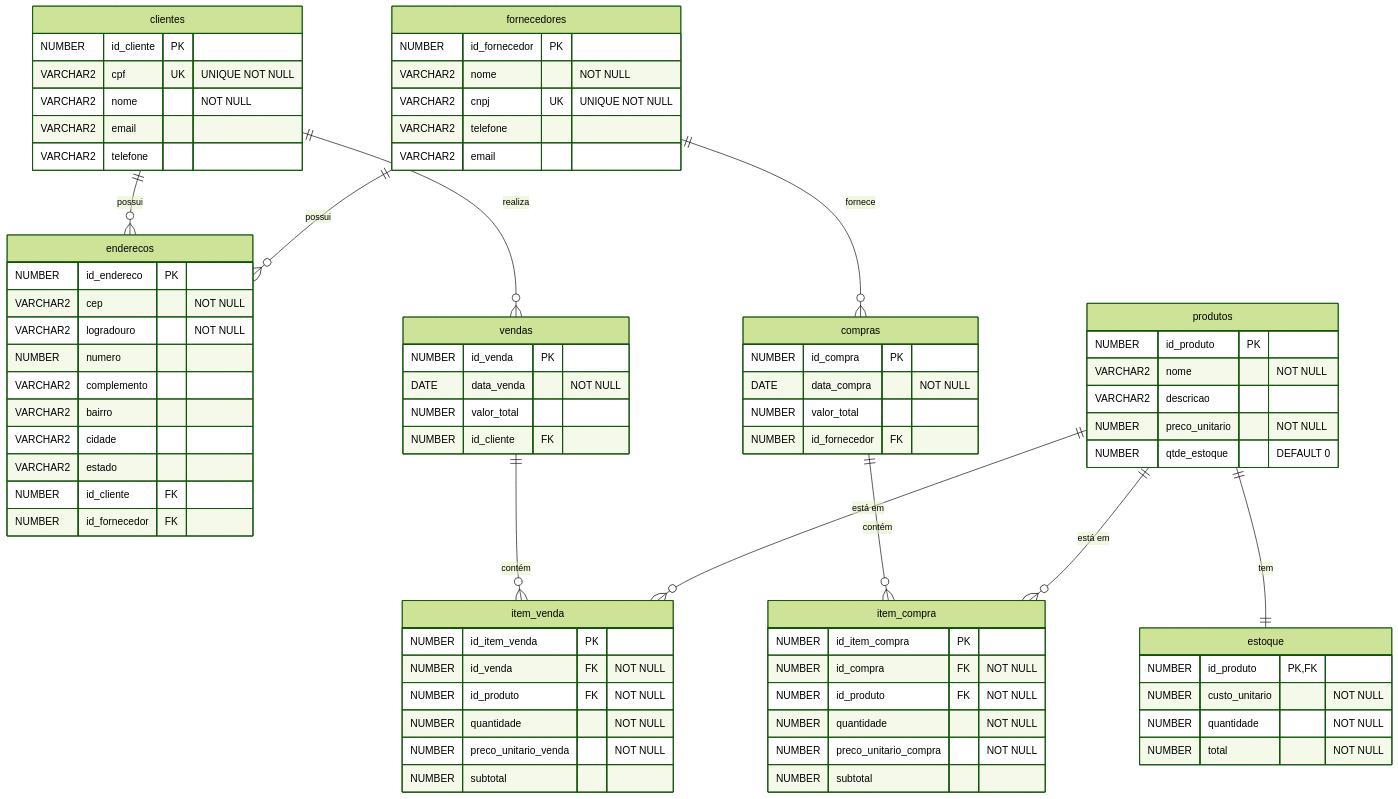
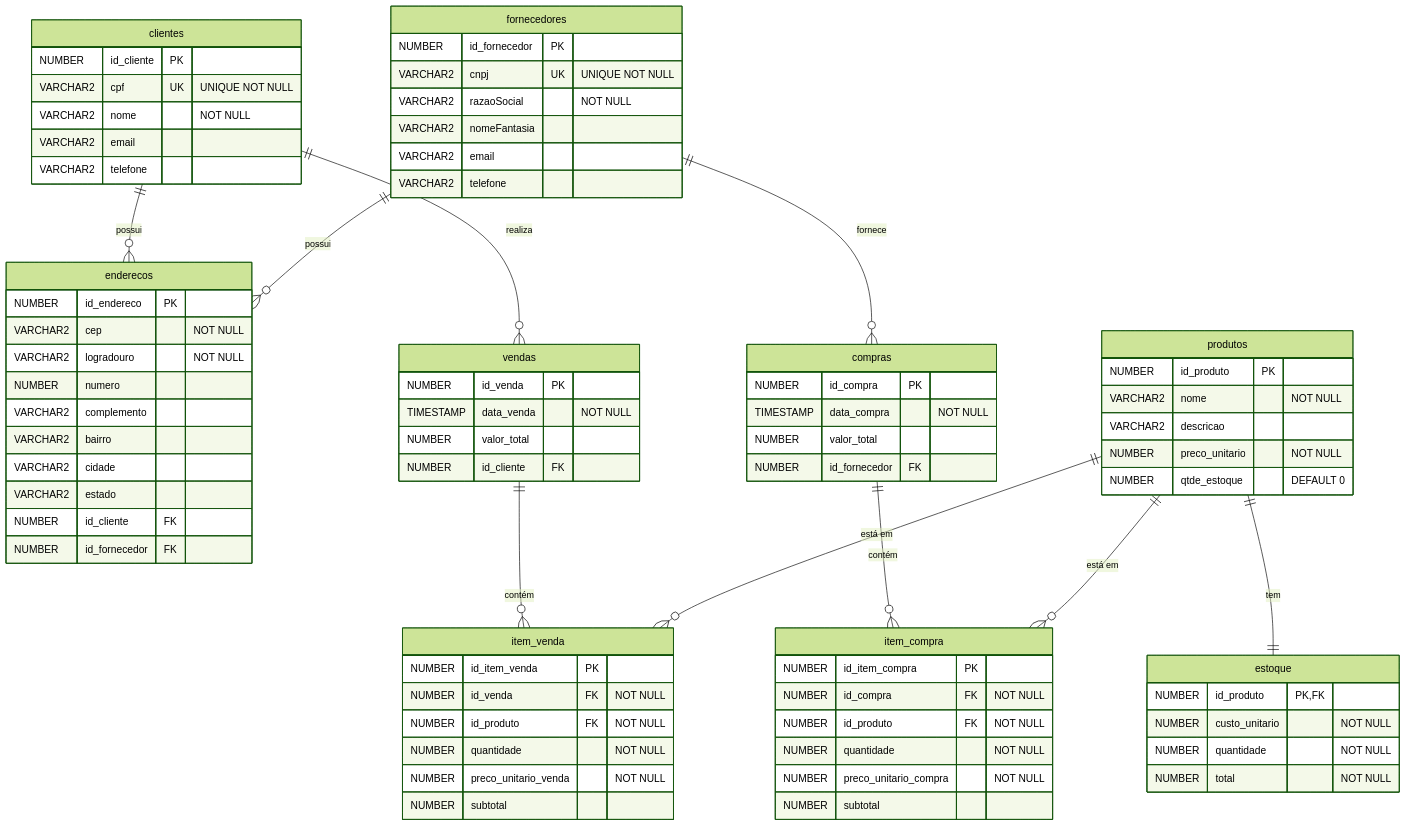
The diagram in planning/erDiagram.mmd (digaoes94/trabalhoSQL), drawn with Mermaid (forest theme) before and after one commit. The commit also changed 10 other files, not shown here.

```diff
--- a/planning/erDiagram.mmd
+++ b/planning/erDiagram.mmd
@@ -1,86 +1,87 @@
 erDiagram
     clientes {
         NUMBER id_cliente PK
         VARCHAR2 cpf UK "UNIQUE NOT NULL"
         VARCHAR2 nome "NOT NULL"
         VARCHAR2 email
         VARCHAR2 telefone
     }
 
     fornecedores {
         NUMBER id_fornecedor PK
-        VARCHAR2 nome "NOT NULL"
         VARCHAR2 cnpj UK "UNIQUE NOT NULL"
+        VARCHAR2 razaoSocial "NOT NULL"
+        VARCHAR2 nomeFantasia
+        VARCHAR2 email
         VARCHAR2 telefone
-        VARCHAR2 email
     }
 
     enderecos {
         NUMBER id_endereco PK
         VARCHAR2 cep "NOT NULL"
         VARCHAR2 logradouro "NOT NULL"
         NUMBER numero
         VARCHAR2 complemento
         VARCHAR2 bairro
         VARCHAR2 cidade
         VARCHAR2 estado
         NUMBER id_cliente FK
         NUMBER id_fornecedor FK
     }
 
     produtos {
         NUMBER id_produto PK
         VARCHAR2 nome "NOT NULL"
         VARCHAR2 descricao
         NUMBER preco_unitario "NOT NULL"
         NUMBER qtde_estoque "DEFAULT 0"
     }
 
     estoque {
         NUMBER id_produto PK,FK
         NUMBER custo_unitario "NOT NULL"
         NUMBER quantidade "NOT NULL"
         NUMBER total "NOT NULL"
     }
 
     vendas {
         NUMBER id_venda PK
-        DATE data_venda "NOT NULL"
+        TIMESTAMP data_venda "NOT NULL"
         NUMBER valor_total
         NUMBER id_cliente FK
     }
 
     compras {
         NUMBER id_compra PK
-        DATE data_compra "NOT NULL"
+        TIMESTAMP data_compra "NOT NULL"
         NUMBER valor_total
         NUMBER id_fornecedor FK
     }
 
     item_venda {
         NUMBER id_item_venda PK
         NUMBER id_venda FK "NOT NULL"
         NUMBER id_produto FK "NOT NULL"
         NUMBER quantidade "NOT NULL"
         NUMBER preco_unitario_venda "NOT NULL"
         NUMBER subtotal
     }
 
     item_compra {
         NUMBER id_item_compra PK
         NUMBER id_compra FK "NOT NULL"
         NUMBER id_produto FK "NOT NULL"
         NUMBER quantidade "NOT NULL"
         NUMBER preco_unitario_compra "NOT NULL"
         NUMBER subtotal
     }
 
     clientes ||--o{ enderecos : "possui"
     fornecedores ||--o{ enderecos : "possui"
     clientes ||--o{ vendas : "realiza"
     fornecedores ||--o{ compras : "fornece"
     produtos ||--|| estoque : "tem"
     vendas ||--o{ item_venda : "contém"
     produtos ||--o{ item_venda : "está em"
     compras ||--o{ item_compra : "contém"
     produtos ||--o{ item_compra : "está em"
```
